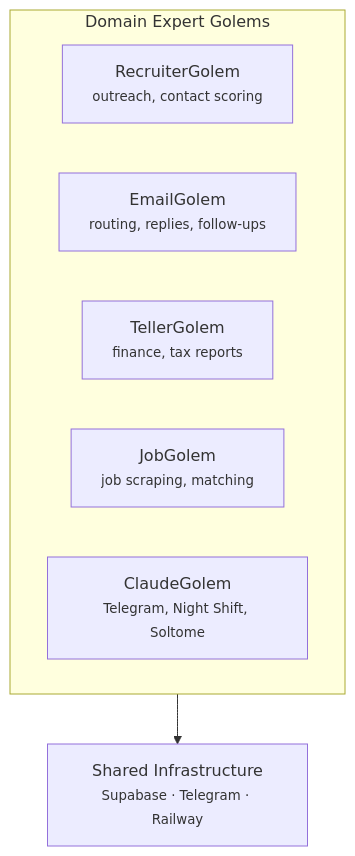
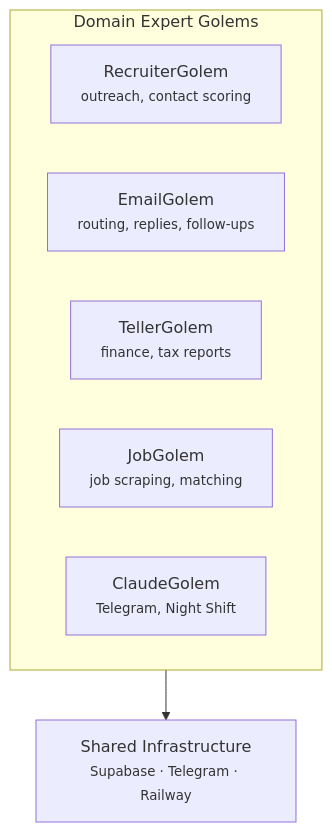
The diagram in packages/docsite/docs/getting-started.md (naeemkhan3starjee079-spec/golems), drawn with Mermaid before and after one commit. The commit also changed 5 other files, not shown here.

````diff
--- a/packages/docsite/docs/getting-started.md
+++ b/packages/docsite/docs/getting-started.md
@@ -20,11 +20,11 @@
 ```mermaid
 flowchart TD
     subgraph golems["Domain Expert Golems"]
         RG["RecruiterGolem<br/><small>outreach, contact scoring</small>"]
         EG["EmailGolem<br/><small>routing, replies, follow-ups</small>"]
         TG["TellerGolem<br/><small>finance, tax reports</small>"]
         JG["JobGolem<br/><small>job scraping, matching</small>"]
-        CG["ClaudeGolem<br/><small>Telegram, Night Shift, Soltome</small>"]
+        CG["ClaudeGolem<br/><small>Telegram, Night Shift</small>"]
     end
     golems --> infra["Shared Infrastructure<br/><small>Supabase · Telegram · Railway</small>"]
 ```
````
